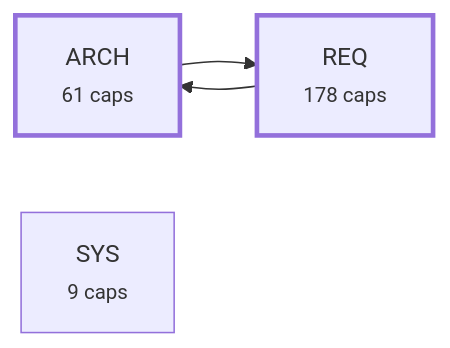
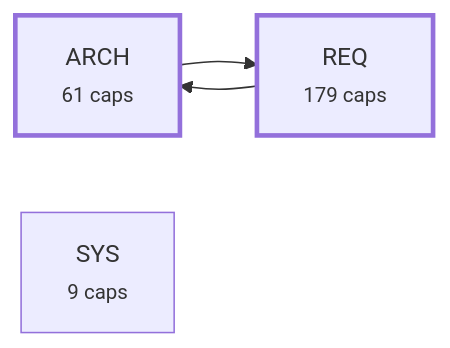
One commit to alxmax/Requirement-manager changed the third of 4 diagrams in plugin/requirements/_map.md. Above: the diagram before and after it, drawn with Mermaid. The commit also changed other lines of this file and 21 other files, not shown here.

First line of the commit message:
Drop the Hierarchy diagram and the --suggest-verifies stub; read ROADMAP.md.

````diff
--- a/plugin/requirements/_map.md
+++ b/plugin/requirements/_map.md
@@ -1089,10 +934,10 @@
 ```mermaid
 graph LR
   a_ARCH["ARCH<br><small>61 caps</small>"]
-  a_REQ["REQ<br><small>178 caps</small>"]
+  a_REQ["REQ<br><small>179 caps</small>"]
   a_SYS["SYS<br><small>9 caps</small>"]
   a_ARCH --> a_REQ
   a_REQ --> a_ARCH
   style a_ARCH stroke-width:3px
   style a_REQ stroke-width:3px
 ```
````
